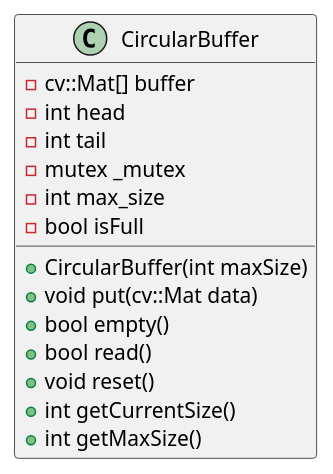
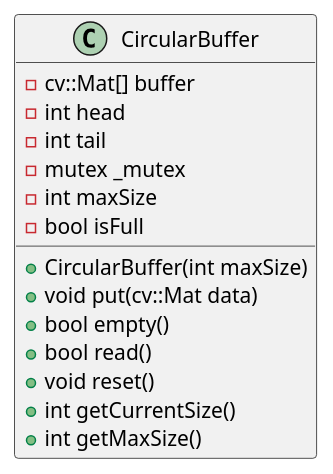
One commit to ThePension/ArcStreamLabs changed the diagram in doc/diagrams/circularBuffer_uml.pu. Above: the diagram before and after it, drawn with PlantUML. The commit also changed 2 other files, not shown here.

Commit message:
Update access_circularBuffer_sequence and circularBuffer_uml

```diff
--- a/doc/diagrams/circularBuffer_uml.pu
+++ b/doc/diagrams/circularBuffer_uml.pu
@@ -1,19 +1,19 @@
 @startuml CircularBuffer_UML
 class CircularBuffer {
   - cv::Mat[] buffer
   - int head
   - int tail
   - mutex _mutex
-  - int max_size
+  - int maxSize
   - bool isFull
 
   + CircularBuffer(int maxSize)
   + void put(cv::Mat data)
   + bool empty()
   + bool read()
   + void reset()
   + int getCurrentSize()
   + int getMaxSize()
 }
 
 @enduml
```
